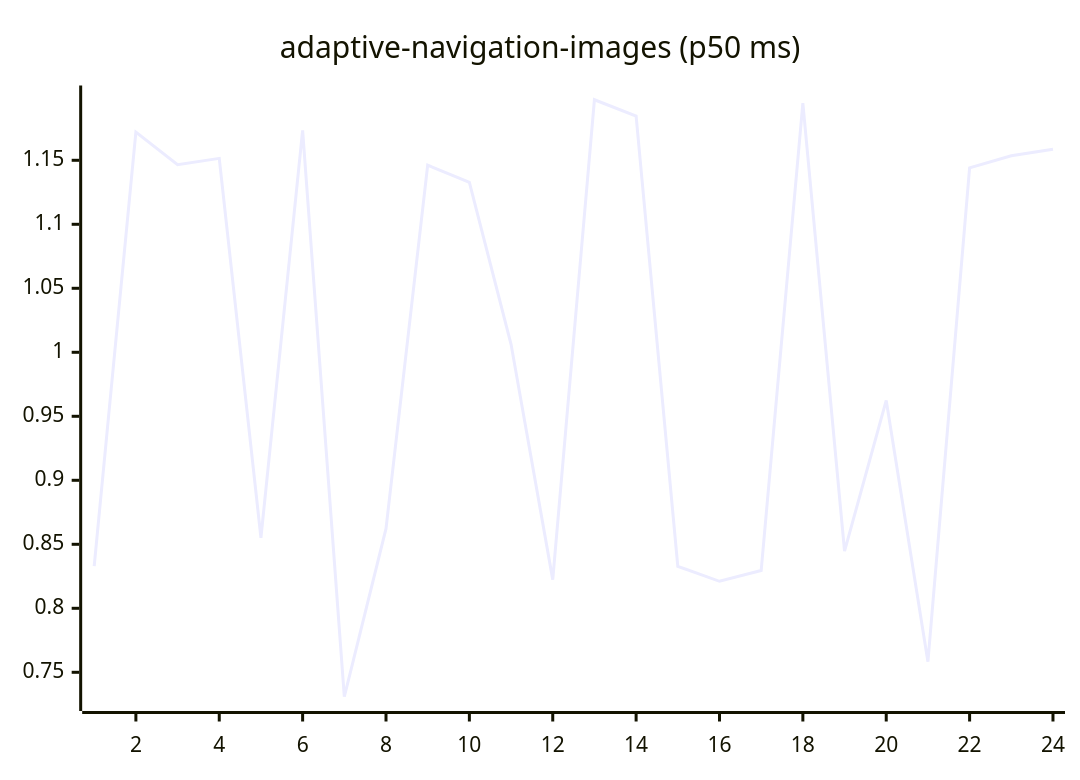
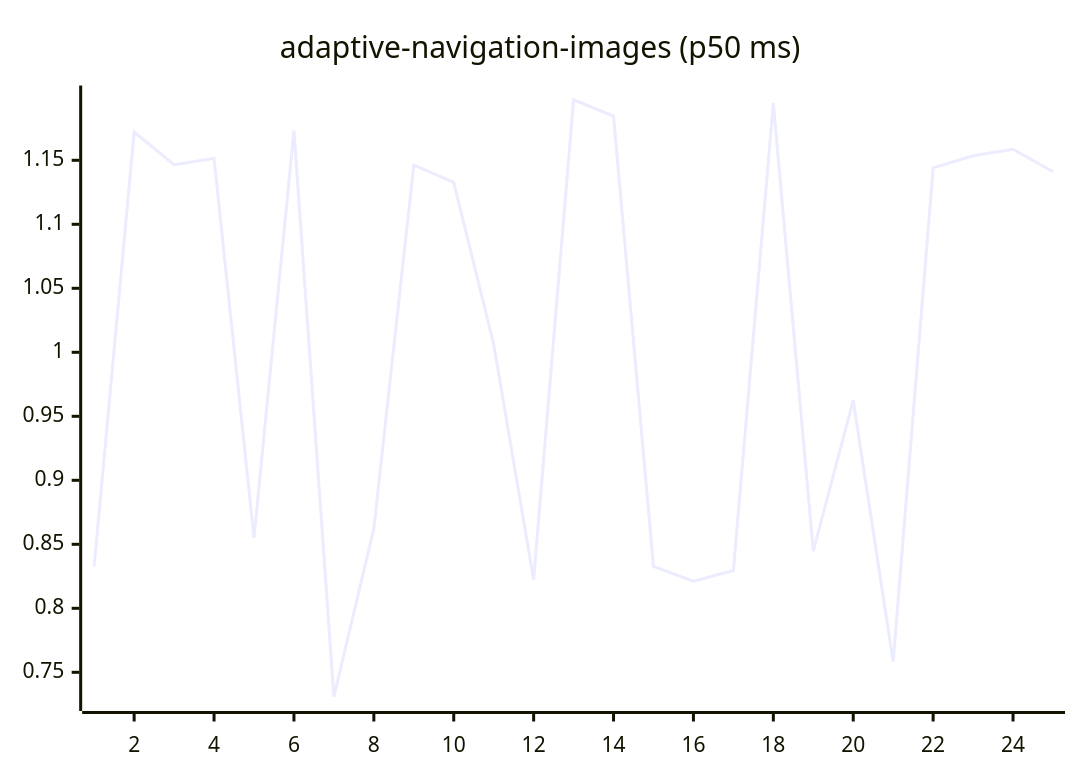
The first of 27 diagrams in README.md (josha/Facet), drawn with Mermaid before and after one commit. The commit also changed other lines of this file and 2 other files, not shown here.

````diff
--- a/README.md
+++ b/README.md
@@ -63,6 +63,6 @@
 ```mermaid
 xychart-beta
     title "adaptive-navigation-images (p50 ms)"
-    x-axis 1 --> 24
-    line [0.8330, 1.1721, 1.1465, 1.1515, 0.8551, 1.1733, 0.7309, 0.8622, 1.1462, 1.1328, 1.0062, 0.8224, 1.1973, 1.1845, 0.8328, 0.8211, 0.8295, 1.1947, 0.8446, 0.9624, 0.7583, 1.1441, 1.1535, 1.1586]
+    x-axis 1 --> 25
+    line [0.8330, 1.1721, 1.1465, 1.1515, 0.8551, 1.1733, 0.7309, 0.8622, 1.1462, 1.1328, 1.0062, 0.8224, 1.1973, 1.1845, 0.8328, 0.8211, 0.8295, 1.1947, 0.8446, 0.9624, 0.7583, 1.1441, 1.1535, 1.1586, 1.1410]
 ```
````
